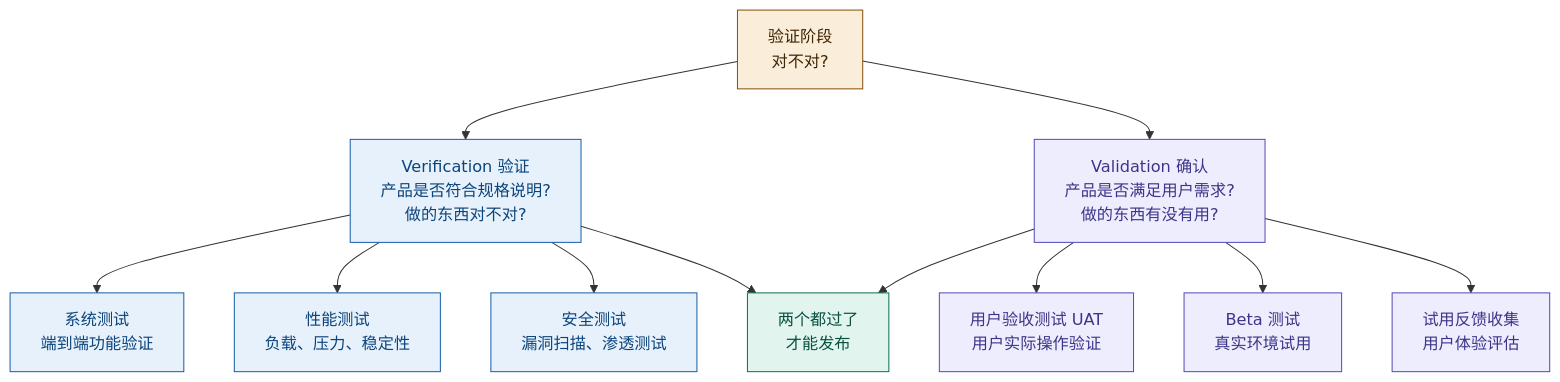
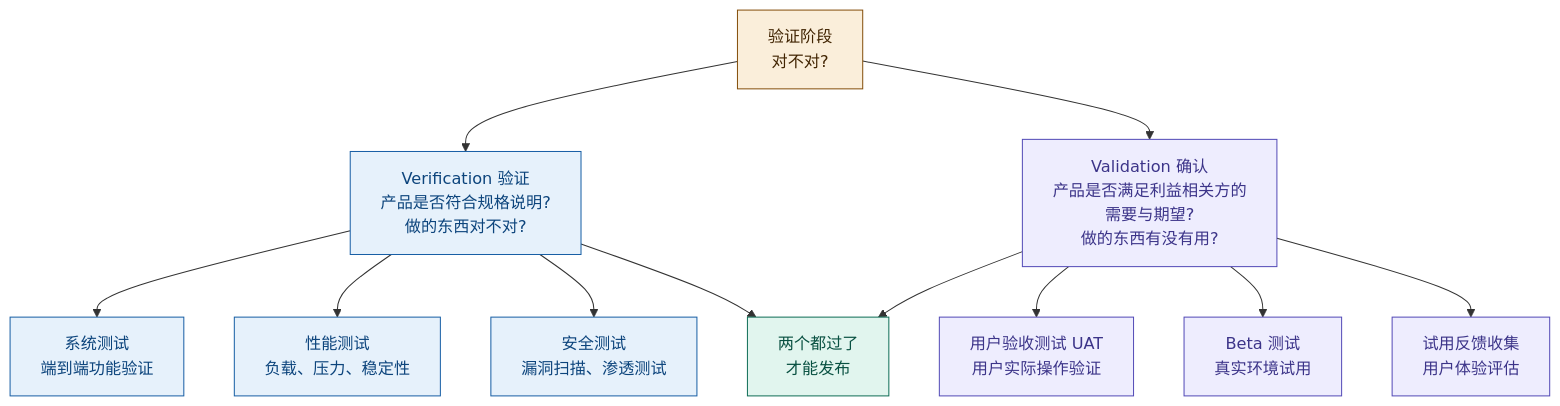
Before and after one commit to Yongjunzhou/AOS-system-design: the tenth of 24 diagrams in 100-subprojects/01-系统工程研究/00-系统工程相关研究报告/07-架构概念研究报告-从概念设计到架构.md, drawn with Mermaid. The commit also changed other lines of this file and 21 other files, not shown here.

````diff
--- a/100-subprojects/01-系统工程研究/00-系统工程相关研究报告/07-架构概念研究报告-从概念设计到架构.md
+++ b/100-subprojects/01-系统工程研究/00-系统工程相关研究报告/07-架构概念研究报告-从概念设计到架构.md
@@ -370,24 +374,24 @@
 ```mermaid
 flowchart TD
     V["验证阶段<br/>对不对?"]
     V --> VE["Verification 验证<br/>产品是否符合规格说明?<br/>做的东西对不对?"]
-    V --> VA["Validation 确认<br/>产品是否满足用户需求?<br/>做的东西有没有用?"]
+    V --> VA["Validation 确认<br/>产品是否满足利益相关方的<br/>需要与期望?<br/>做的东西有没有用?"]
     VE --> VE1["系统测试<br/>端到端功能验证"]
     VE --> VE2["性能测试<br/>负载、压力、稳定性"]
     VE --> VE3["安全测试<br/>漏洞扫描、渗透测试"]
     VA --> VA1["用户验收测试 UAT<br/>用户实际操作验证"]
     VA --> VA2["Beta 测试<br/>真实环境试用"]
     VA --> VA3["试用反馈收集<br/>用户体验评估"]
     VE --> O["两个都过了<br/>才能发布"]
     VA --> O
     style V fill:#FAEEDA,stroke:#854F0B,color:#412402
     style VE fill:#E6F1FB,stroke:#185FA5,color:#0C447C
     style VA fill:#EEEDFE,stroke:#534AB7,color:#3C3489
     style VE1 fill:#E6F1FB,stroke:#185FA5,color:#0C447C
     style VE2 fill:#E6F1FB,stroke:#185FA5,color:#0C447C
     style VE3 fill:#E6F1FB,stroke:#185FA5,color:#0C447C
     style VA1 fill:#EEEDFE,stroke:#534AB7,color:#3C3489
     style VA2 fill:#EEEDFE,stroke:#534AB7,color:#3C3489
     style VA3 fill:#EEEDFE,stroke:#534AB7,color:#3C3489
     style O fill:#E1F5EE,stroke:#0F6E56,color:#085041
 ```
````
